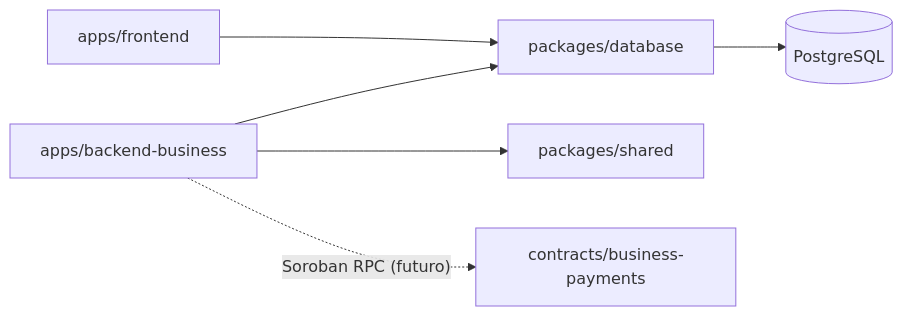
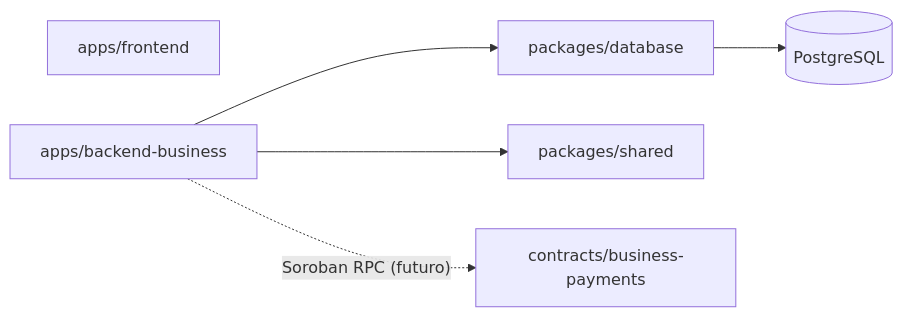
One commit to SendaLabs/Senda.App changed the first of 2 diagrams in docs/architecture.md. Above: the diagram before and after it, drawn with Mermaid. The commit also changed other lines of this file and 2 other files, not shown here.

Commit message:
feat(database): drop the waitlist table
Remove the waitlist model and regenerate the initial migration, which has not been applied to any environment yet.

````diff
--- a/docs/architecture.md
+++ b/docs/architecture.md
@@ -26,8 +26,8 @@
 ```mermaid
 flowchart LR
-    FE["apps/frontend"] --> DB["packages/database"]
-    BE["apps/backend-business"] --> DB
+    FE["apps/frontend"]
+    BE["apps/backend-business"] --> DB["packages/database"]
     BE --> SH["packages/shared"]
     BE -. "Soroban RPC (futuro)" .-> CT["contracts/business-payments"]
     DB --> PG[("PostgreSQL")]
 ```
````
